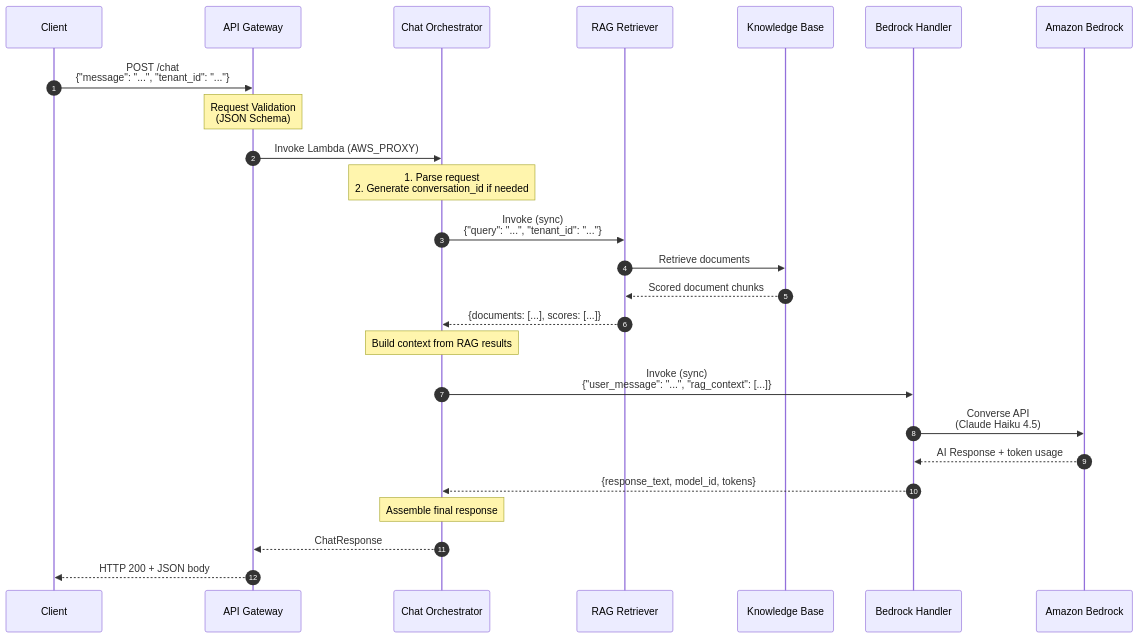
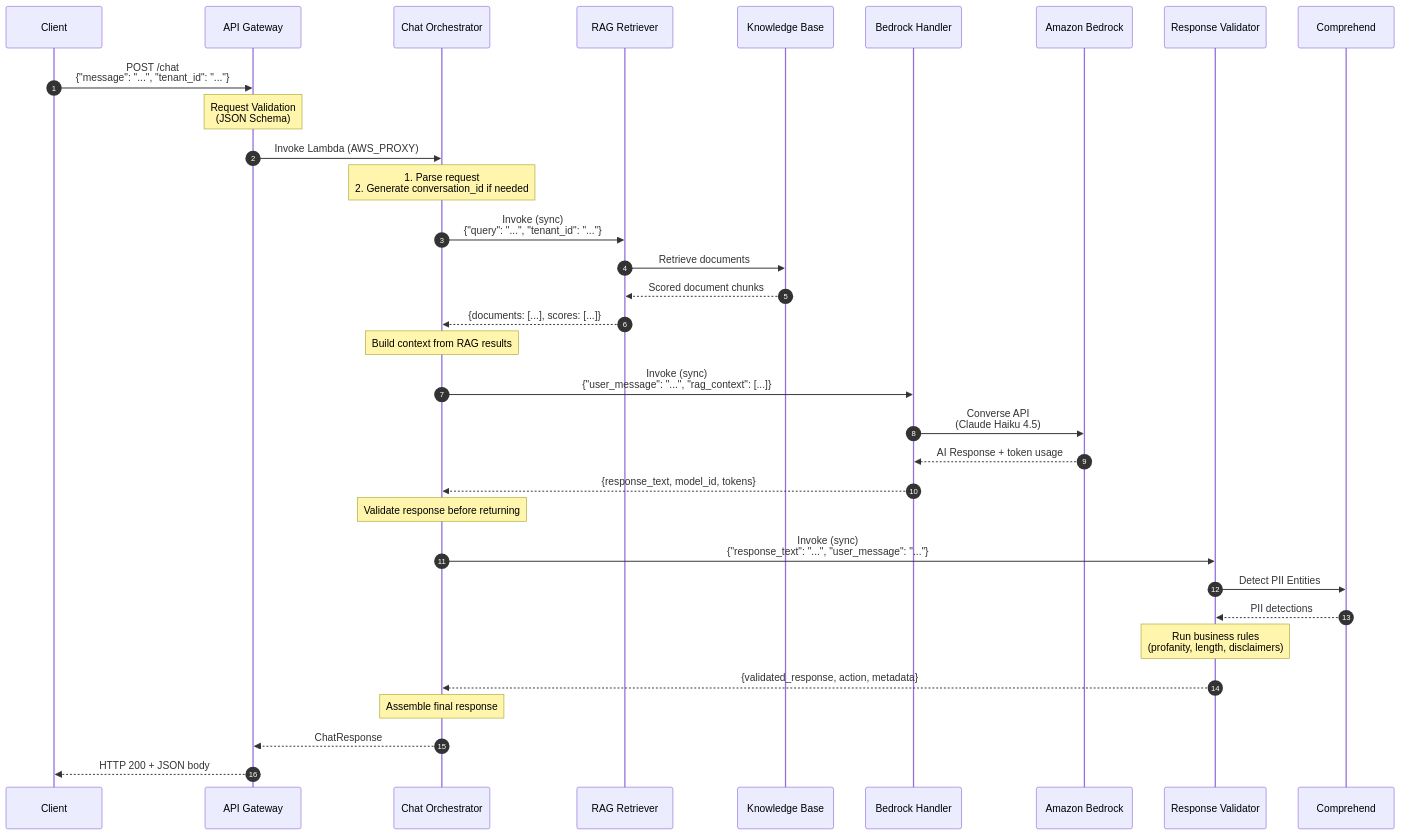
Before and after one commit to jujubear24/ai-customer-service-bot: the second of 9 diagrams in docs/architecture/system-design.md, drawn with Mermaid. The commit also changed other lines of this file and 3 other files, not shown here.

First line of the commit message:
docs(response-validator): add E2E tests and documentation

````diff
--- a/docs/architecture/system-design.md
+++ b/docs/architecture/system-design.md
@@ -100,36 +107,46 @@
 ```mermaid
 sequenceDiagram
     autonumber
     participant C as Client
     participant AG as API Gateway
     participant CO as Chat Orchestrator
     participant RR as RAG Retriever
     participant KB as Knowledge Base
     participant BH as Bedrock Handler
     participant BR as Amazon Bedrock
+    participant RV as Response Validator
+    participant CP as Comprehend
 
     C->>AG: POST /chat<br/>{"message": "...", "tenant_id": "..."}
 
     Note over AG: Request Validation<br/>(JSON Schema)
 
     AG->>CO: Invoke Lambda (AWS_PROXY)
 
     Note over CO: 1. Parse request<br/>2. Generate conversation_id if needed
 
     CO->>RR: Invoke (sync)<br/>{"query": "...", "tenant_id": "..."}
     RR->>KB: Retrieve documents
     KB-->>RR: Scored document chunks
     RR-->>CO: {documents: [...], scores: [...]}
 
     Note over CO: Build context from RAG results
 
     CO->>BH: Invoke (sync)<br/>{"user_message": "...", "rag_context": [...]}
     BH->>BR: Converse API<br/>(Claude Haiku 4.5)
     BR-->>BH: AI Response + token usage
     BH-->>CO: {response_text, model_id, tokens}
 
+    Note over CO: Validate response before returning
+
+    CO->>RV: Invoke (sync)<br/>{"response_text": "...", "user_message": "..."}
+    RV->>CP: Detect PII Entities
+    CP-->>RV: PII detections
+    Note over RV: Run business rules<br/>(profanity, length, disclaimers)
+    RV-->>CO: {validated_response, action, metadata}
+
     Note over CO: Assemble final response
 
     CO-->>AG: ChatResponse
     AG-->>C: HTTP 200 + JSON body
 ```
````
